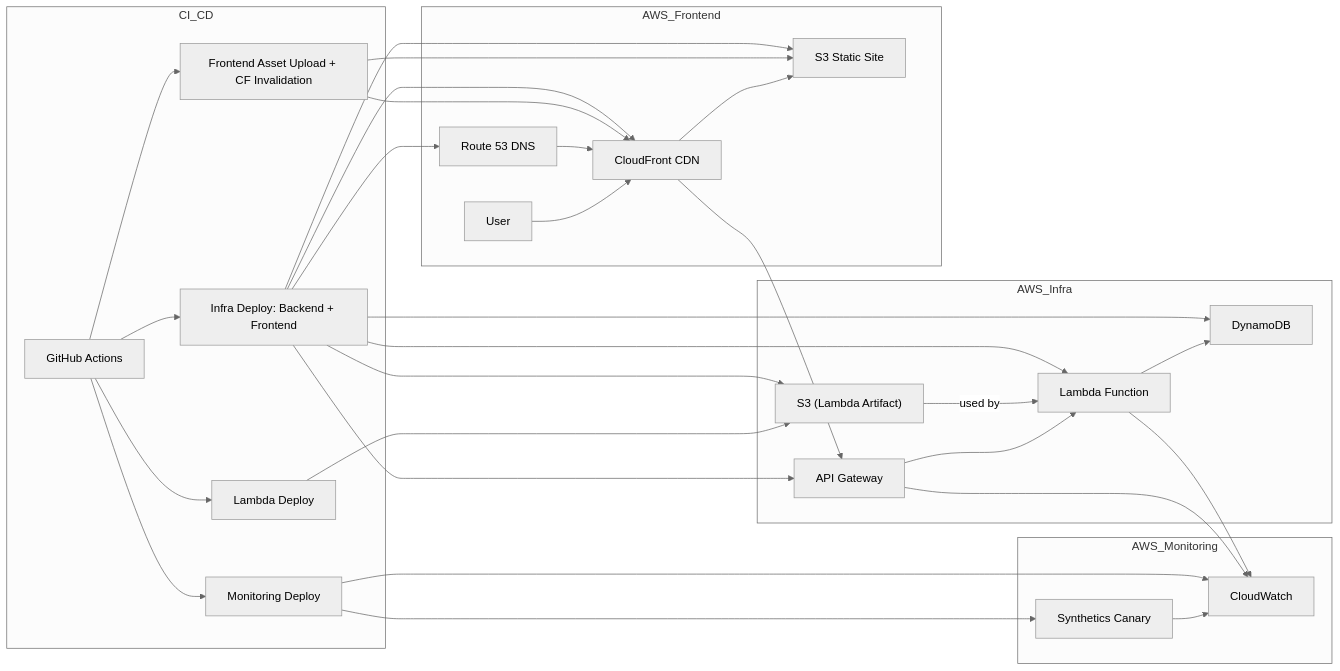
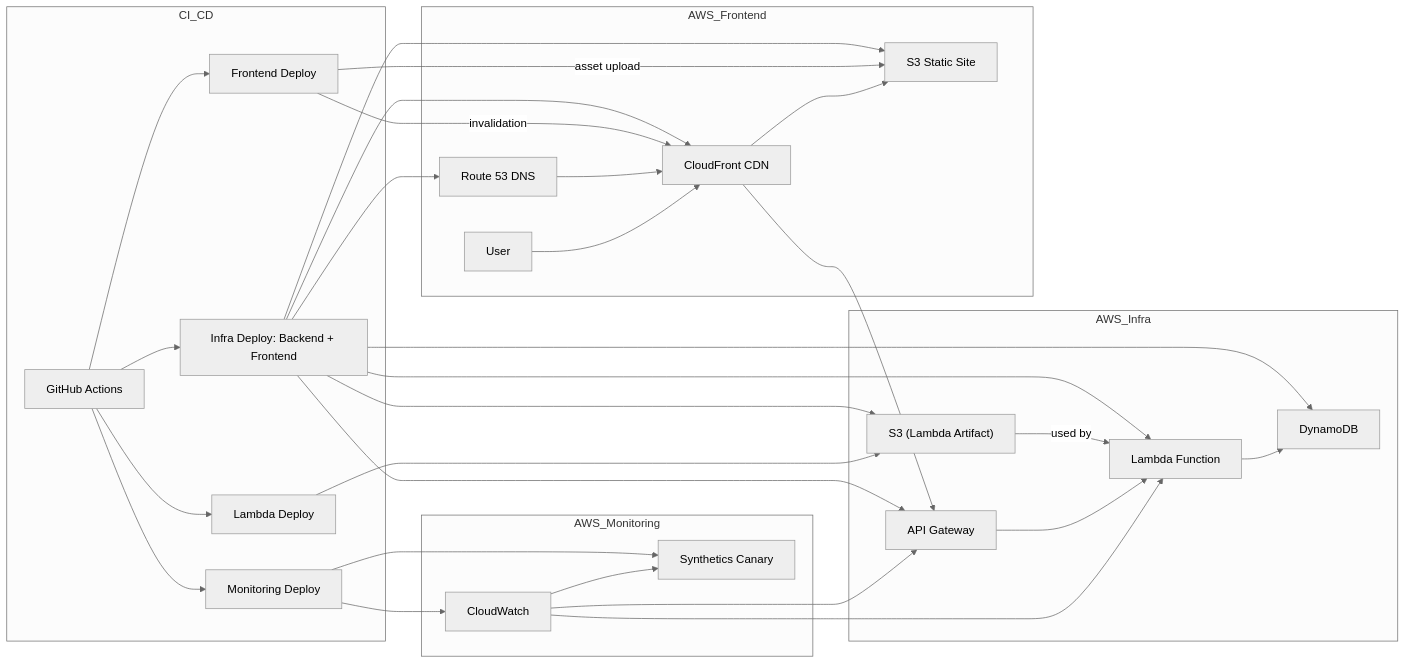
The sixth of 6 diagrams in README.md (hybridmulticloud/resume-api-frontend), drawn with Mermaid (neutral theme) before and after one commit.

````diff
--- a/README.md
+++ b/README.md
@@ -196,42 +196,42 @@
 ```mermaid
 flowchart LR
   GH[GitHub Actions]
 
   subgraph CI_CD
     GH --> TF["Infra Deploy: Backend + Frontend"]
     GH --> LD["Lambda Deploy"]
-    GH --> FD["Frontend Asset Upload + CF Invalidation"]
+    GH --> FD["Frontend Deploy"]
     GH --> MD["Monitoring Deploy"]
   end
 
   subgraph AWS_Infra
     TF --> APIGW["API Gateway"]
     TF --> Lambda["Lambda Function"]
     TF --> DynamoDB["DynamoDB"]
     TF --> ArtifactS3["S3 (Lambda Artifact)"]
     LD --> ArtifactS3
     ArtifactS3 -- used by --> Lambda
     APIGW --> Lambda
     Lambda --> DynamoDB
   end
 
   subgraph AWS_Frontend
     TF --> S3["S3 Static Site"]
     TF --> CF["CloudFront CDN"]
     TF --> Route53["Route 53 DNS"]
-    FD --> S3
-    FD --> CF
+    FD -- asset upload --> S3
+    FD -- invalidation --> CF
     CF --> S3
     CF --> APIGW
     Route53 --> CF
     User --> CF
   end
 
   subgraph AWS_Monitoring
     MD --> Canary["Synthetics Canary"]
     MD --> CW["CloudWatch"]
-    Canary --> CW
-    Lambda --> CW
-    APIGW --> CW
+    CW --> Canary
+    CW --> Lambda 
+    CW --> APIGW 
   end
 ```
````
